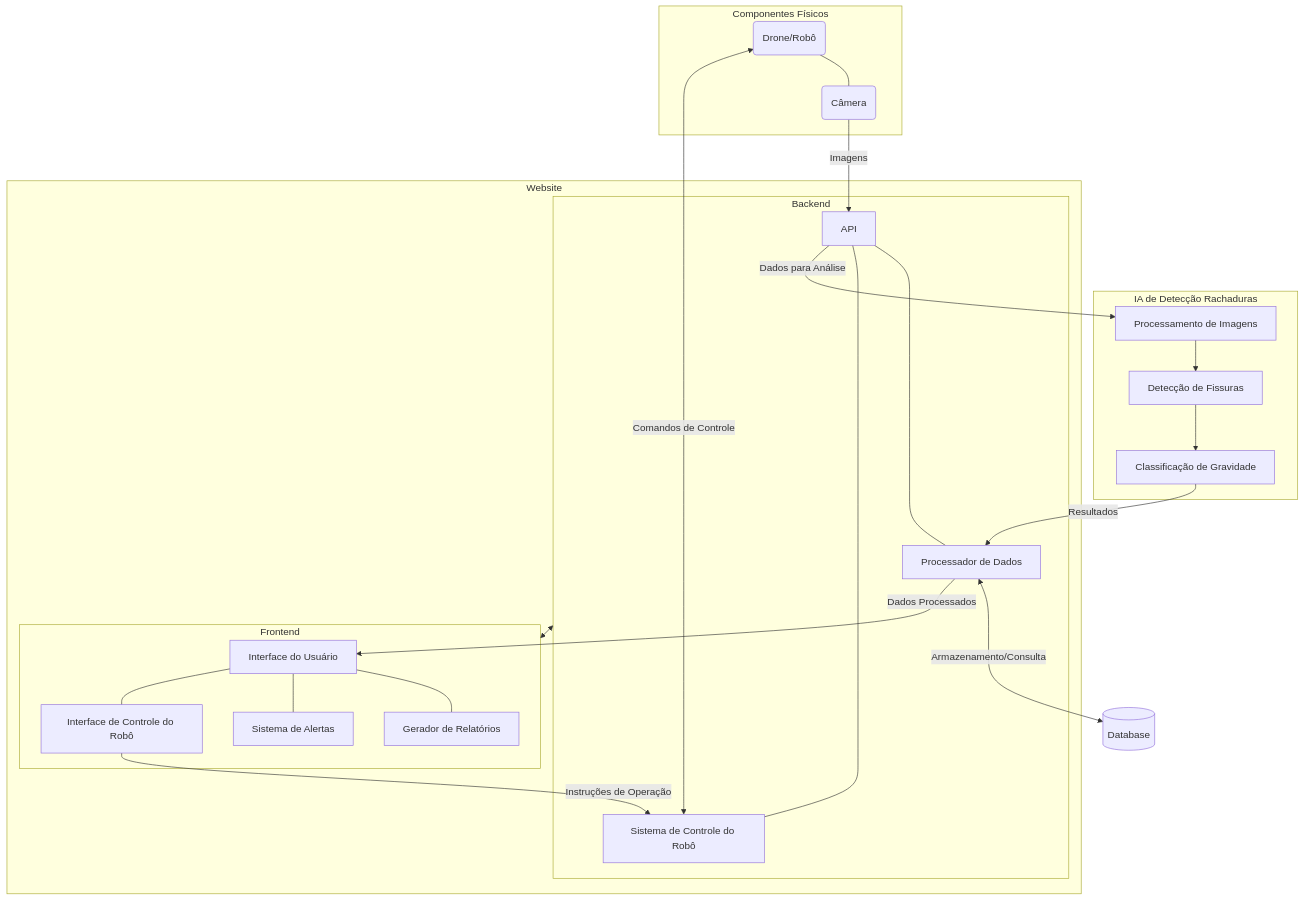
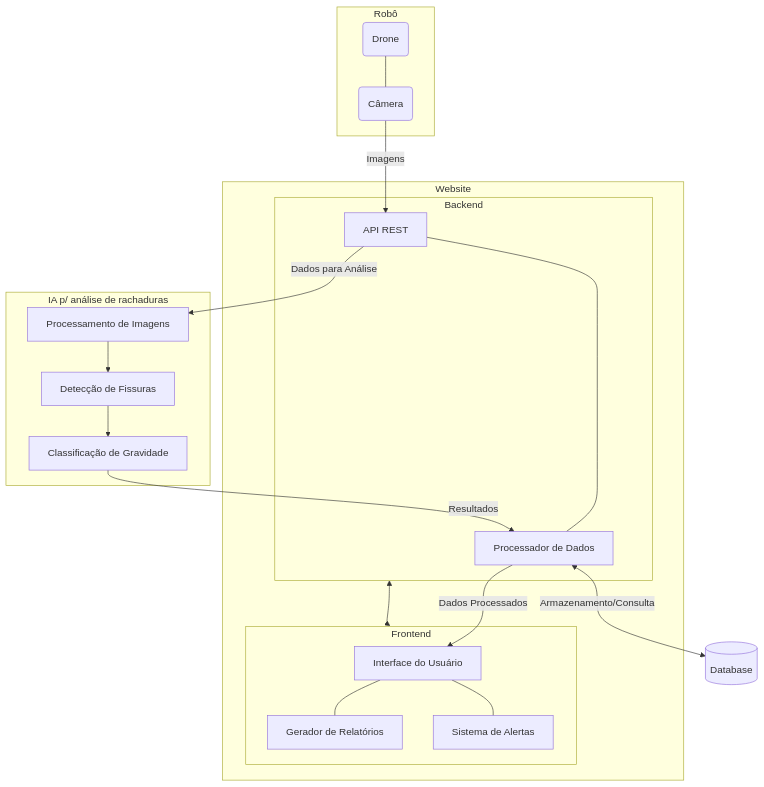
Before and after one commit to Inteli-College/2025-1B-T12-EC06-G02: the diagram in docs/docs/sprint-1/especificacoes-tecnicas/Arquitetura_Inicial.md, drawn with Mermaid. The commit also changed other lines of this file, not shown here.

Commit message:
docs: texto da arquitetura e diagrama final

````diff
--- a/docs/docs/sprint-1/especificacoes-tecnicas/Arquitetura_Inicial.md
+++ b/docs/docs/sprint-1/especificacoes-tecnicas/Arquitetura_Inicial.md
@@ -10,54 +49,46 @@
 ```mermaid
 flowchart TB
     %% Dispositivos físicos
-    subgraph "Componentes Físicos"
-        drone("Drone/Robô")
+    subgraph "Robô"
+        drone("Drone")
         camera("Câmera")
         drone --- camera
     end
 
     %% Sistema de IA
-    subgraph "IA de Detecção Rachaduras"
+    subgraph "IA p/ análise de rachaduras"
         ia["Processamento de Imagens"]
         detect["Detecção de Fissuras"]
         classify["Classificação de Gravidade"]
         ia --> detect --> classify
     end
 
     %% Armazenamento
     db[(Database)]
 
     %% Interface
     subgraph "Website"
         subgraph "Backend"
-            api["API"]
+            api["API REST"]
             proc["Processador de Dados"]
-            control["Sistema de Controle do Robô"]
             api --- proc
-            api --- control
         end
         
         subgraph "Frontend"
             ui["Interface do Usuário"]
             reports["Gerador de Relatórios"]
             alerts["Sistema de Alertas"]
-            robotControl["Interface de Controle do Robô"]
             ui --- reports
             ui --- alerts
-            ui --- robotControl
         end
         
         Backend <---> Frontend
     end
 
     %% Fluxo de dados
     camera -->|"Imagens"| api
     api -->|"Dados para Análise"| ia
     classify -->|"Resultados"| proc
-    proc <--->|"Armazenamento/Consulta"| db
+    proc <-->|"Armazenamento/Consulta"| db
     proc -->|"Dados Processados"| ui
-    
-    %% Fluxo de controle do robô
-    control <-->|"Comandos de Controle"| drone
-    robotControl -->|"Instruções de Operação"| control
 ```
````
